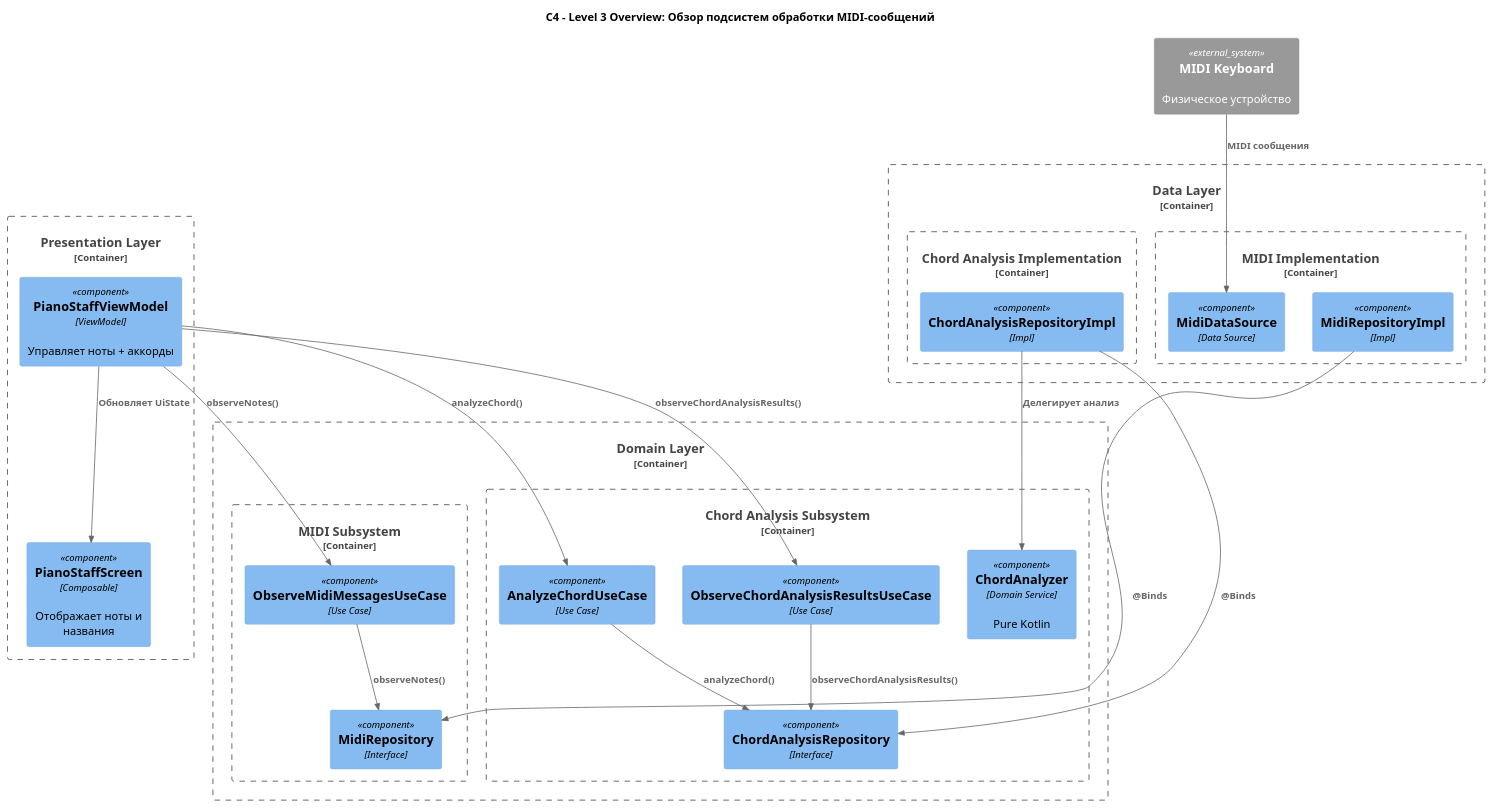
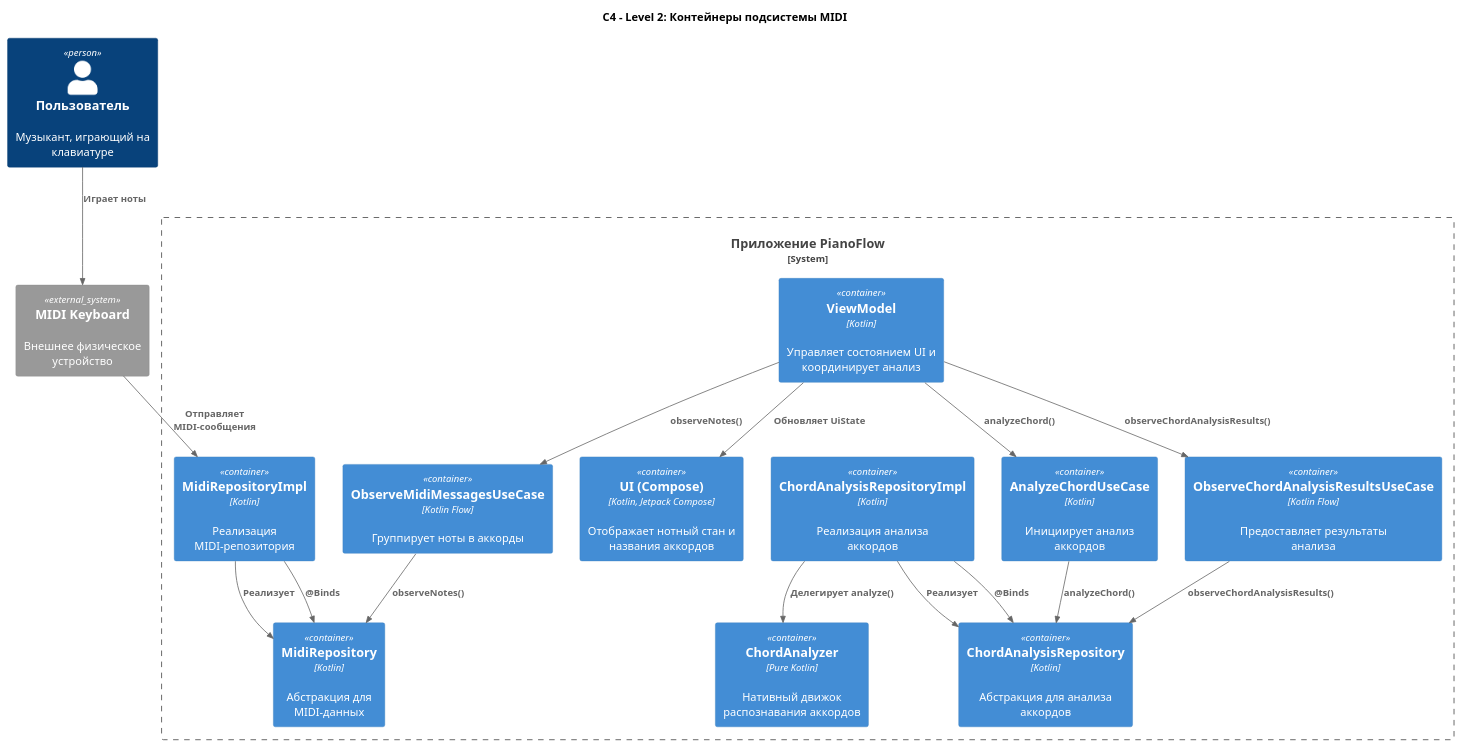
Before and after one commit to astrizhachuk/PianoFlow: the first of 9 diagrams in docs/ru/specs/MIDI_MESSAGE_PROCESSING.md, drawn with PlantUML. The commit also changed other lines of this file and 1 other file, not shown here.

Commit message:
docs: update MIDI message processing documentation to enhance clarity and detail

````diff
--- a/docs/ru/specs/MIDI_MESSAGE_PROCESSING.md
+++ b/docs/ru/specs/MIDI_MESSAGE_PROCESSING.md
@@ -49,57 +49,43 @@
 ```plantuml
 @startuml
-!include https://raw.githubusercontent.com/plantuml-stdlib/C4-PlantUML/master/C4_Component.puml
+!include https://raw.githubusercontent.com/plantuml-stdlib/C4-PlantUML/master/C4_Container.puml
 
-title C4 - Level 3 Overview: Обзор подсистем обработки MIDI-сообщений
+title C4 - Level 2: Контейнеры подсистемы MIDI
 
-System_Ext(midi_device, "MIDI Keyboard", "Физическое устройство")
+Person(user, "Пользователь", "Музыкант, играющий на клавиатуре")
+System_Ext(midi_device, "MIDI Keyboard", "Внешнее физическое устройство")
 
-Container_Boundary(presentation, "Presentation Layer") {
-    Component(vm, "PianoStaffViewModel", "ViewModel", "Управляет ноты + аккорды")
-    Component(screen, "PianoStaffScreen", "Composable", "Отображает ноты и названия")
+System_Boundary(piano_flow, "Приложение PianoFlow") {
+    Container(ui, "UI (Compose)", "Kotlin, Jetpack Compose", "Отображает нотный стан и названия аккордов")
+    Container(vm, "ViewModel", "Kotlin", "Управляет состоянием UI и координирует анализ")
+    Container(observe_midi, "ObserveMidiMessagesUseCase", "Kotlin Flow", "Группирует ноты в аккорды")
+    Container(analyze_chord, "AnalyzeChordUseCase", "Kotlin", "Инициирует анализ аккордов")
+    Container(observe_chord, "ObserveChordAnalysisResultsUseCase", "Kotlin Flow", "Предоставляет результаты анализа")
+    Container(midi_repo, "MidiRepository", "Kotlin", "Абстракция для MIDI-данных")
+    Container(chord_repo, "ChordAnalysisRepository", "Kotlin", "Абстракция для анализа аккордов")
+    Container(midi_repo_impl, "MidiRepositoryImpl", "Kotlin", "Реализация MIDI-репозитория")
+    Container(chord_repo_impl, "ChordAnalysisRepositoryImpl", "Kotlin", "Реализация анализа аккордов")
+    Container(chord_analyzer, "ChordAnalyzer", "Pure Kotlin", "Нативный движок распознавания аккордов")
 }
 
-Container_Boundary(domain, "Domain Layer") {
-    Container_Boundary(midi_subsystem, "MIDI Subsystem") {
-        Component(observe_midi, "ObserveMidiMessagesUseCase", "Use Case", "")
-        Component(midi_repo, "MidiRepository", "Interface", "")
-    }
-    
-    Container_Boundary(chord_subsystem, "Chord Analysis Subsystem") {
-        Component(analyze_chord, "AnalyzeChordUseCase", "Use Case", "")
-        Component(observe_chord, "ObserveChordAnalysisResultsUseCase", "Use Case", "")
-        Component(chord_repo, "ChordAnalysisRepository", "Interface", "")
-        Component(chord_analyzer, "ChordAnalyzer", "Domain Service", "Pure Kotlin")
-    }
-}
-
-Container_Boundary(data, "Data Layer") {
-    Container_Boundary(midi_impl, "MIDI Implementation") {
-        Component(midi_repo_impl, "MidiRepositoryImpl", "Impl", "")
-        Component(ds, "MidiDataSource", "Data Source", "")
-    }
-    
-    Container_Boundary(chord_impl, "Chord Analysis Implementation") {
-        Component(chord_repo_impl, "ChordAnalysisRepositoryImpl", "Impl", "")
-    }
-}
-
-' Связи
-Rel(midi_device, ds, "MIDI сообщения")
-Rel(chord_repo_impl, chord_analyzer, "Делегирует анализ")
+Rel(user, midi_device, "Играет ноты")
+Rel(midi_device, midi_repo_impl, "Отправляет MIDI-сообщения")
+Rel(midi_repo_impl, midi_repo, "Реализует")
+Rel(chord_repo_impl, chord_repo, "Реализует")
+Rel(chord_repo_impl, chord_analyzer, "Делегирует analyze()")
 
 Rel(vm, observe_midi, "observeNotes()")
 Rel(vm, analyze_chord, "analyzeChord()")
 Rel(vm, observe_chord, "observeChordAnalysisResults()")
 
 Rel(observe_midi, midi_repo, "observeNotes()")
 Rel(analyze_chord, chord_repo, "analyzeChord()")
 Rel(observe_chord, chord_repo, "observeChordAnalysisResults()")
 
 Rel(midi_repo_impl, midi_repo, "@Binds")
 Rel(chord_repo_impl, chord_repo, "@Binds")
 
-Rel(vm, screen, "Обновляет UiState")
+Rel(vm, ui, "Обновляет UiState")
 
 @enduml
 ```
````
